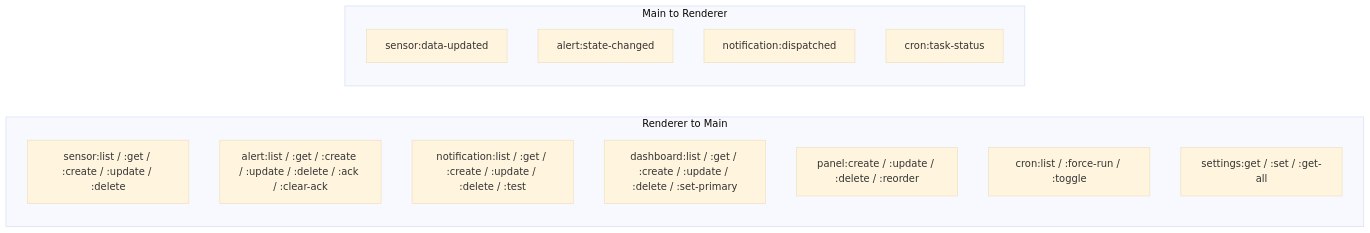
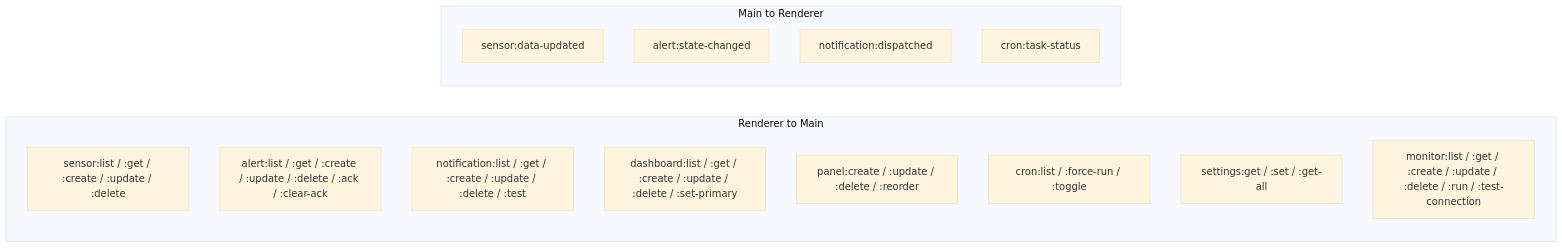
One commit to Azerothian/dash changed the ninth of 15 diagrams in docs/specification.md. Above: the diagram before and after it, drawn with Mermaid (base theme). The commit also changed other lines of this file, not shown here.

First line of the commit message:
docs: add Monitor feature to specification

````diff
--- a/docs/specification.md
+++ b/docs/specification.md
@@ -713,19 +781,20 @@
 ```mermaid
 graph LR
     subgraph Renderer to Main
         R1["sensor:list / :get / :create / :update / :delete"]
         R2["alert:list / :get / :create / :update / :delete / :ack / :clear-ack"]
         R3["notification:list / :get / :create / :update / :delete / :test"]
         R4["dashboard:list / :get / :create / :update / :delete / :set-primary"]
         R5["panel:create / :update / :delete / :reorder"]
         R6["cron:list / :force-run / :toggle"]
         R7["settings:get / :set / :get-all"]
+        R8["monitor:list / :get / :create / :update / :delete / :run / :test-connection"]
     end
 
     subgraph Main to Renderer
         M1["sensor:data-updated"]
         M2["alert:state-changed"]
         M3["notification:dispatched"]
         M4["cron:task-status"]
     end
 ```
````
